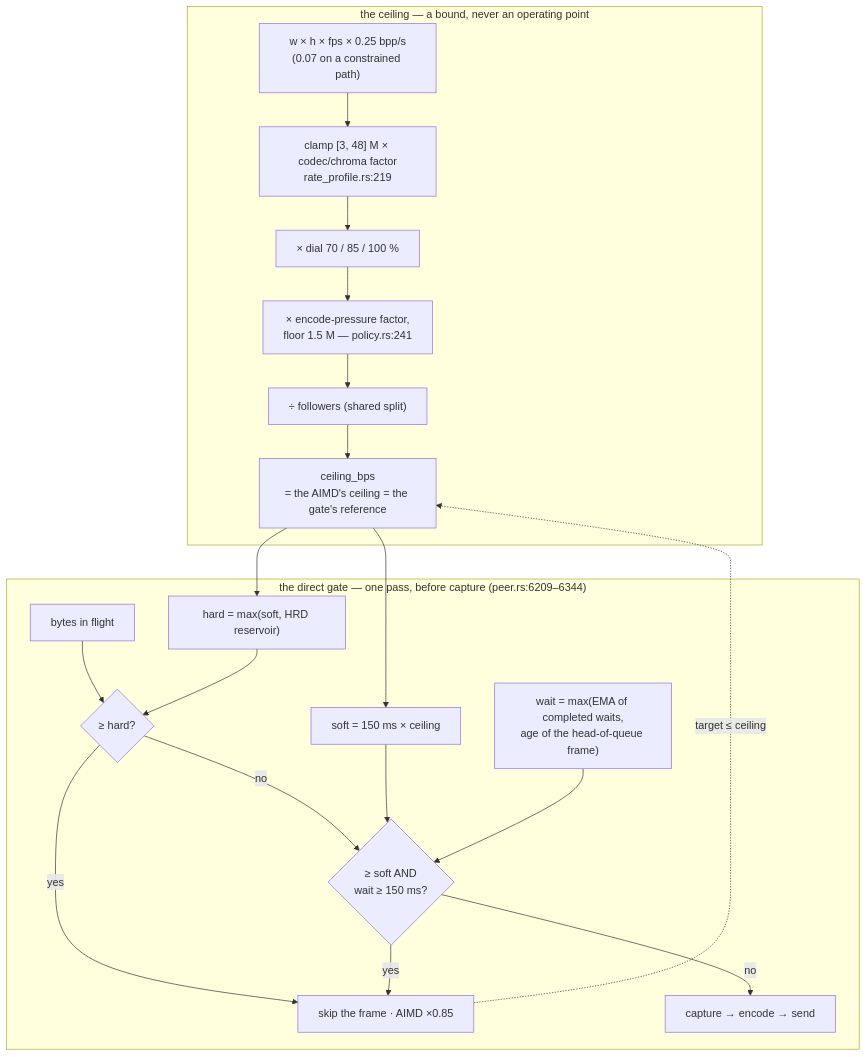
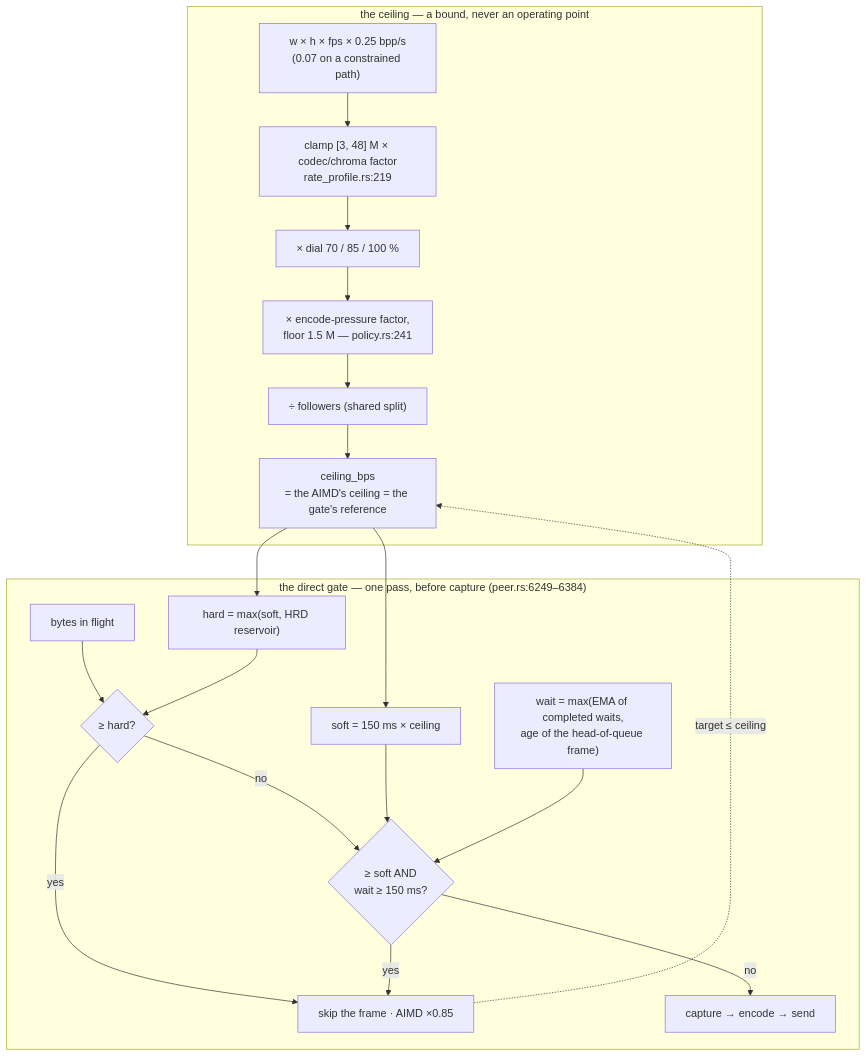
Before and after one commit to gjovanov/roomler-ai: the fifth of 10 diagrams in docs/rate-control.md, drawn with Mermaid. The commit also changed other lines of this file and 36 other files, not shown here.

````diff
--- a/docs/rate-control.md
+++ b/docs/rate-control.md
@@ -755,24 +755,24 @@
 ```mermaid
 flowchart TB
     subgraph ceiling["the ceiling — a bound, never an operating point"]
         G["w × h × fps × 0.25 bpp/s<br/>(0.07 on a constrained path)"] --> C["clamp [3, 48] M × codec/chroma factor<br/>rate_profile.rs:219"]
         C --> D["× dial 70 / 85 / 100 %"]
         D --> E["× encode-pressure factor,<br/>floor 1.5 M — policy.rs:241"]
         E --> S["÷ followers (shared split)"]
         S --> CEIL["ceiling_bps<br/>= the AIMD's ceiling = the gate's reference"]
     end
-    subgraph gate["the direct gate — one pass, before capture (peer.rs:6209–6344)"]
+    subgraph gate["the direct gate — one pass, before capture (peer.rs:6249–6384)"]
         CEIL --> SOFT["soft = 150 ms × ceiling"]
         CEIL --> HARD["hard = max(soft, HRD reservoir)"]
         W["wait = max(EMA of completed waits,<br/>age of the head-of-queue frame)"]
         Q["bytes in flight"] --> H{"≥ hard?"}
         HARD --> H
         H -- yes --> TRIP["skip the frame · AIMD ×0.85"]
         H -- no --> SQ{"≥ soft AND<br/>wait ≥ 150 ms?"}
         SOFT --> SQ
         W --> SQ
         SQ -- yes --> TRIP
         SQ -- no --> PASS["capture → encode → send"]
     end
     TRIP -.->|"target ≤ ceiling"| CEIL
 ```
````
